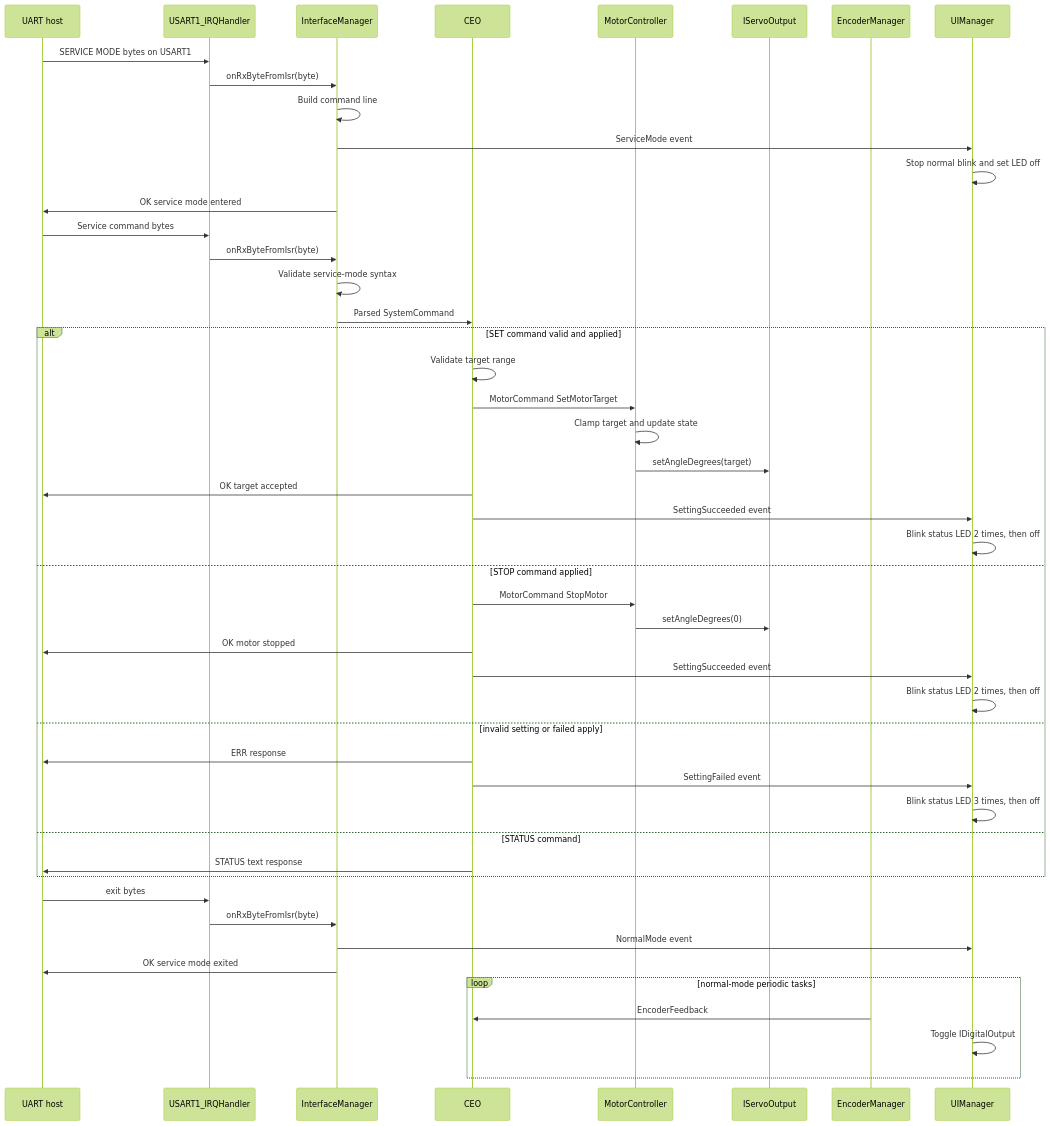
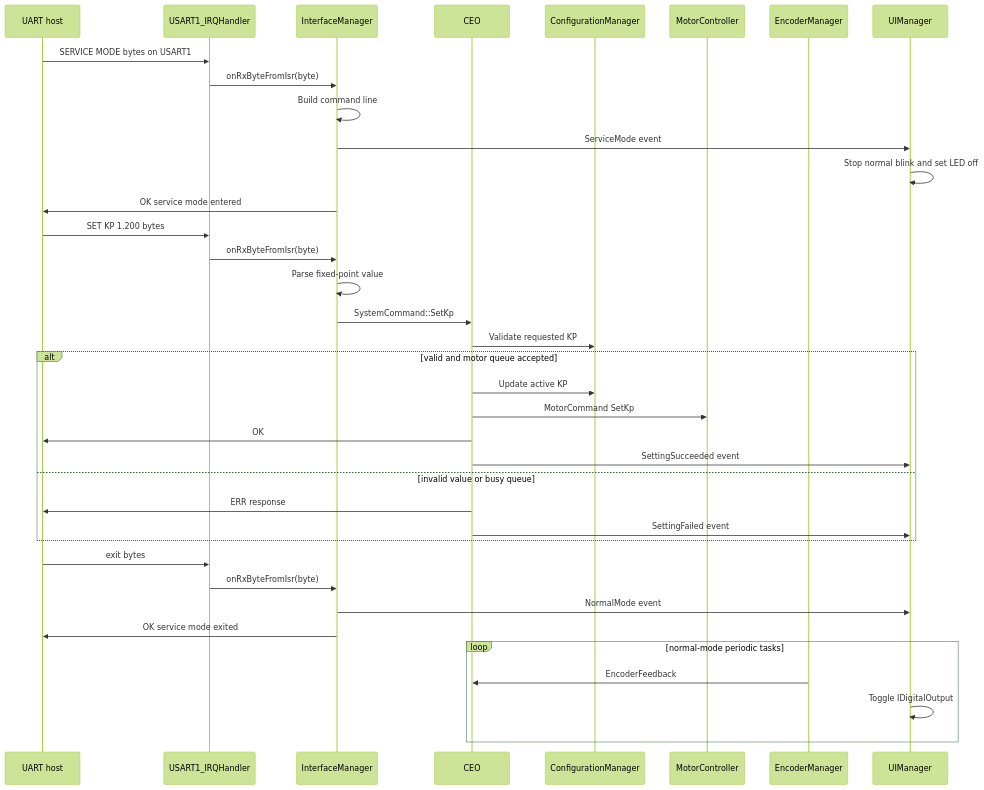
Before and after one commit to thanhduong8457/stm32f4: the second of 5 diagrams in docs_architecture.md, drawn with Mermaid (forest theme). The commit also changed other lines of this file and 28 other files, not shown here.

````diff
--- a/docs_architecture.md
+++ b/docs_architecture.md
@@ -100,55 +106,43 @@
 ```mermaid
 sequenceDiagram
     participant Host as UART host
     participant ISR as USART1_IRQHandler
     participant Interface as InterfaceManager
     participant Director as CEO
+    participant Config as ConfigurationManager
     participant Motor as MotorController
-    participant Servo as IServoOutput
     participant Encoder as EncoderManager
     participant Led as UIManager
 
     Host->>ISR: SERVICE MODE bytes on USART1
     ISR->>Interface: onRxByteFromIsr(byte)
     Interface->>Interface: Build command line
     Interface->>Led: ServiceMode event
     Led->>Led: Stop normal blink and set LED off
     Interface->>Host: OK service mode entered
 
-    Host->>ISR: Service command bytes
+    Host->>ISR: SET KP 1.200 bytes
     ISR->>Interface: onRxByteFromIsr(byte)
-    Interface->>Interface: Validate service-mode syntax
-    Interface->>Director: Parsed SystemCommand
-
-    alt SET command valid and applied
-        Director->>Director: Validate target range
-        Director->>Motor: MotorCommand SetMotorTarget
-        Motor->>Motor: Clamp target and update state
-        Motor->>Servo: setAngleDegrees(target)
-        Director->>Host: OK target accepted
+    Interface->>Interface: Parse fixed-point value
+    Interface->>Director: SystemCommand::SetKp
+    Director->>Config: Validate requested KP
+    alt valid and motor queue accepted
+        Director->>Config: Update active KP
+        Director->>Motor: MotorCommand SetKp
+        Director->>Host: OK
         Director->>Led: SettingSucceeded event
-        Led->>Led: Blink status LED 2 times, then off
-    else STOP command applied
-        Director->>Motor: MotorCommand StopMotor
-        Motor->>Servo: setAngleDegrees(0)
-        Director->>Host: OK motor stopped
-        Director->>Led: SettingSucceeded event
-        Led->>Led: Blink status LED 2 times, then off
-    else invalid setting or failed apply
+    else invalid value or busy queue
         Director->>Host: ERR response
         Director->>Led: SettingFailed event
-        Led->>Led: Blink status LED 3 times, then off
-    else STATUS command
-        Director->>Host: STATUS text response
     end
 
     Host->>ISR: exit bytes
     ISR->>Interface: onRxByteFromIsr(byte)
     Interface->>Led: NormalMode event
     Interface->>Host: OK service mode exited
 
     loop normal-mode periodic tasks
         Encoder->>Director: EncoderFeedback
         Led->>Led: Toggle IDigitalOutput
     end
 ```
````
